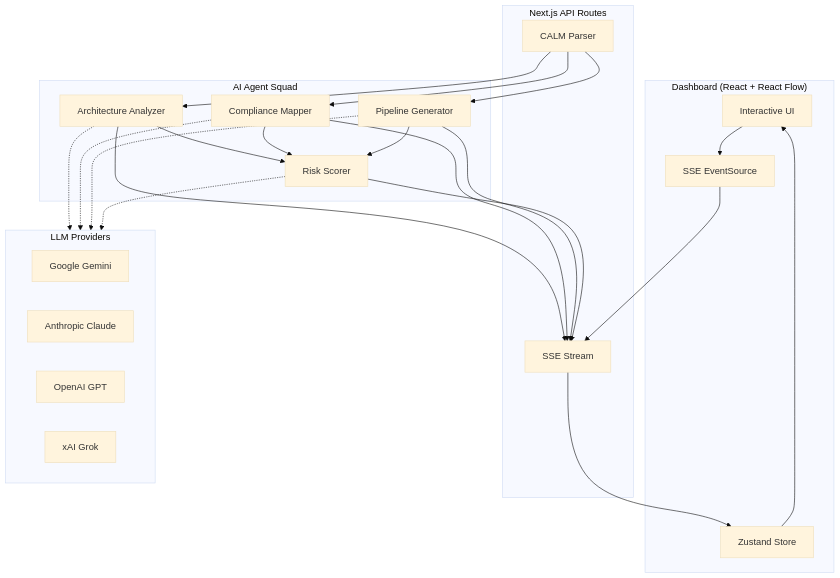
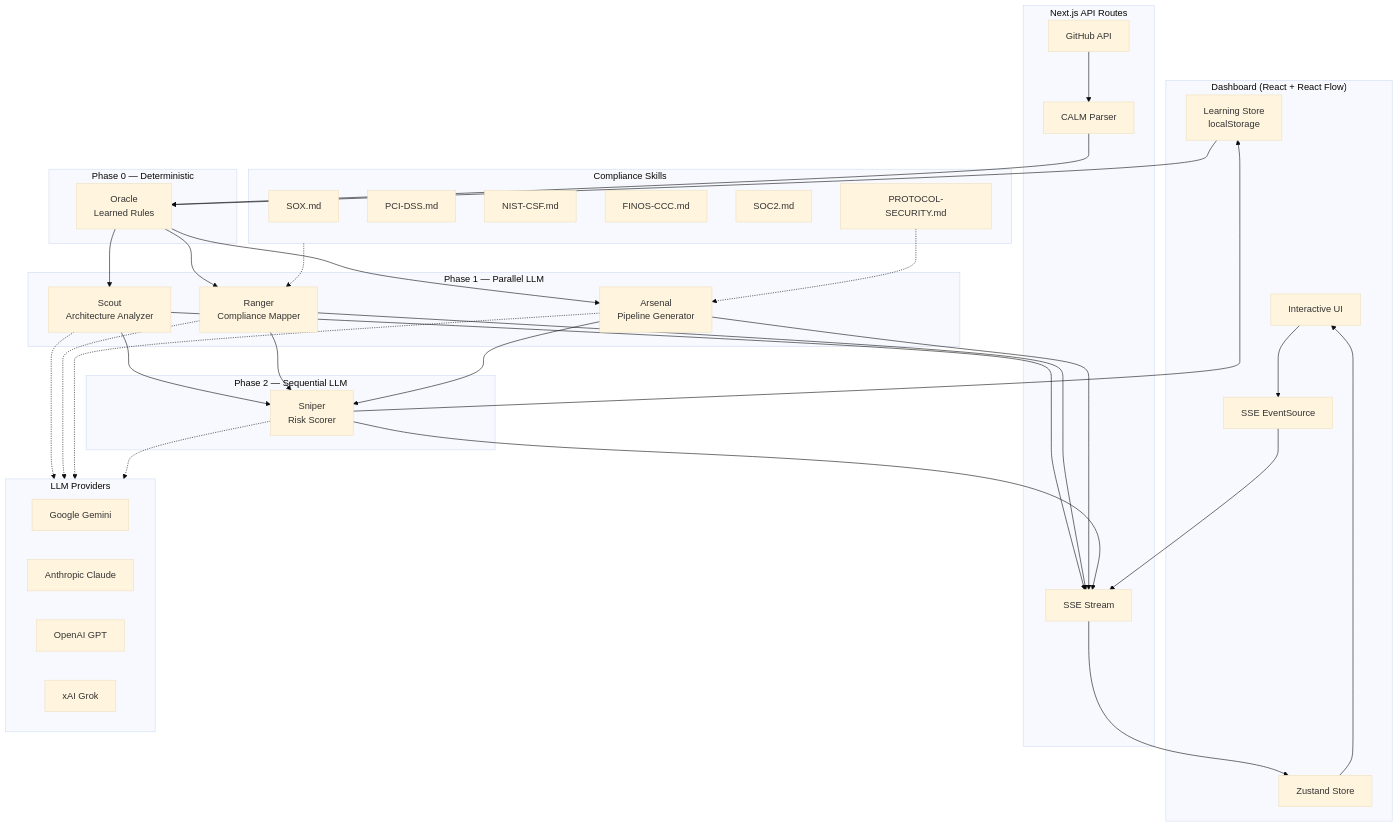
The diagram in README.md (opsflo/calmguard), drawn with Mermaid (base theme) before and after one commit. The commit also changed other lines of this file, not shown here.

````diff
--- a/README.md
+++ b/README.md
@@ -88,34 +98,57 @@
 ```mermaid
 graph TB
     subgraph Client["Dashboard (React + React Flow)"]
         UI[Interactive UI]
         SSE[SSE EventSource]
         Store[Zustand Store]
+        LS[Learning Store<br/>localStorage]
     end
 
     subgraph API["Next.js API Routes"]
         Parse[CALM Parser]
         Stream[SSE Stream]
+        GH[GitHub API]
     end
 
-    subgraph Agents["AI Agent Squad"]
-        AA[Architecture Analyzer]
-        CM[Compliance Mapper]
-        PG[Pipeline Generator]
-        RS[Risk Scorer]
+    subgraph Phase0["Phase 0 — Deterministic"]
+        Oracle["Oracle<br/>Learned Rules"]
+    end
+
+    subgraph Phase1["Phase 1 — Parallel LLM"]
+        AA[Scout<br/>Architecture Analyzer]
+        CM[Ranger<br/>Compliance Mapper]
+        PG[Arsenal<br/>Pipeline Generator]
+    end
+
+    subgraph Phase2["Phase 2 — Sequential LLM"]
+        RS[Sniper<br/>Risk Scorer]
+    end
+
+    subgraph Skills["Compliance Skills"]
+        SOX[SOX.md]
+        PCI[PCI-DSS.md]
+        NIST[NIST-CSF.md]
+        CCC[FINOS-CCC.md]
+        SOC2[SOC2.md]
+        PROTO[PROTOCOL-SECURITY.md]
     end
 
     subgraph Providers["LLM Providers"]
         Gemini[Google Gemini]
         Claude[Anthropic Claude]
         GPT[OpenAI GPT]
         Grok[xAI Grok]
     end
 
     UI --> SSE --> Stream
     Stream --> Store --> UI
-    Parse --> AA & CM & PG
+    GH --> Parse
+    LS --> Oracle
+    Parse --> Oracle --> AA & CM & PG
     AA & CM & PG --> RS
+    Skills -.-> CM
+    PROTO -.-> PG
     AA & CM & PG & RS -.-> Providers
     AA & CM & PG & RS --> Stream
+    RS --> LS
 ```
````
